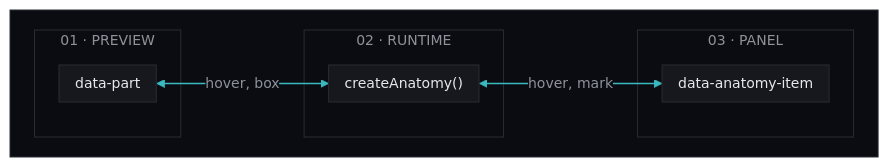
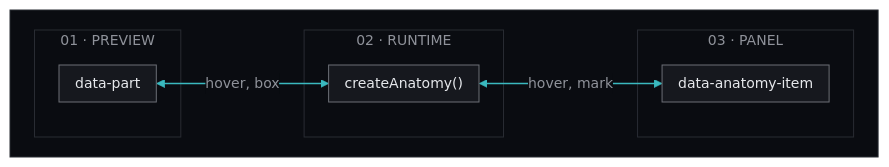
Before and after one commit to julien-deramond/component-anatomy: the diagram in README.md, drawn with Mermaid. The commit also changed 1 other file, not shown here.

Commit message:
docs: redraw the sync diagram at the docs measure, with outlines you can see (#78)

````diff
--- a/README.md
+++ b/README.md
@@ -160,24 +160,24 @@
 ```mermaid
-%%{init: {"fontFamily": "ui-monospace, SFMono-Regular, Menlo, Consolas, monospace", "flowchart": {"wrappingWidth": 480, "rankSpacing": 24, "padding": 8}, "theme": "base", "themeVariables": {"darkMode": true, "dropShadow": "none", "background": "#0A0C11", "fontFamily": "ui-monospace, SFMono-Regular, Menlo, Consolas, monospace", "fontSize": "14px", "primaryColor": "#16181E", "primaryTextColor": "#E6E8EC", "primaryBorderColor": "#292C33", "secondaryColor": "#16181E", "tertiaryColor": "#0A0C11", "lineColor": "#3AB9BF", "textColor": "#E6E8EC", "clusterBkg": "#0A0C11", "clusterBorder": "#292C33", "titleColor": "#8F929A", "edgeLabelBackground": "#0A0C11"}}}%%
+%%{init: {"fontFamily": "ui-monospace, SFMono-Regular, Menlo, Consolas, monospace", "flowchart": {"wrappingWidth": 480, "rankSpacing": 24, "padding": 8}, "theme": "base", "themeVariables": {"darkMode": true, "dropShadow": "none", "background": "#0A0C11", "fontFamily": "ui-monospace, SFMono-Regular, Menlo, Consolas, monospace", "fontSize": "14px", "primaryColor": "#16181E", "primaryTextColor": "#E6E8EC", "primaryBorderColor": "#6C6F76", "secondaryColor": "#16181E", "tertiaryColor": "#0A0C11", "lineColor": "#3AB9BF", "textColor": "#E6E8EC", "clusterBkg": "#0A0C11", "clusterBorder": "#292C33", "titleColor": "#8F929A", "edgeLabelBackground": "#0A0C11"}}}%%
 flowchart LR
   accTitle: How the preview and the anatomy panel stay in sync
   accDescr: The controller returned by createAnatomy sits between the live component and the docs panel. Hovering an element marked data-part tells the controller, which marks the panel entry with the same id. Hovering or focusing a panel entry tells the controller, which draws an overlay box on the matching elements.
 
   subgraph field[" "]
     direction LR
     subgraph preview["01 · PREVIEW"]
       el["data-part"]
     end
     subgraph runtime["02 · RUNTIME"]
       ctl["createAnatomy()"]
     end
     subgraph panel["03 · PANEL"]
       entry["data-anatomy-item"]
     end
     el <-- "hover, box" --> ctl
     ctl <-- "hover, mark" --> entry
   end
 
   linkStyle default stroke-width:1.5px,color:#8F929A
   style field fill:#0A0C11,stroke:#292C33
 ```
````
